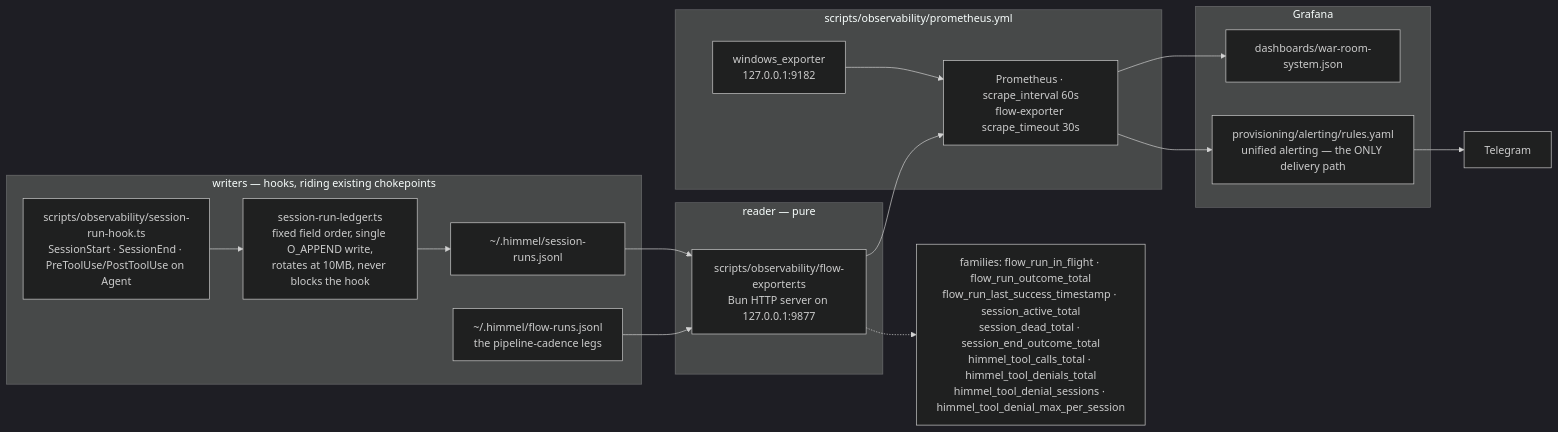
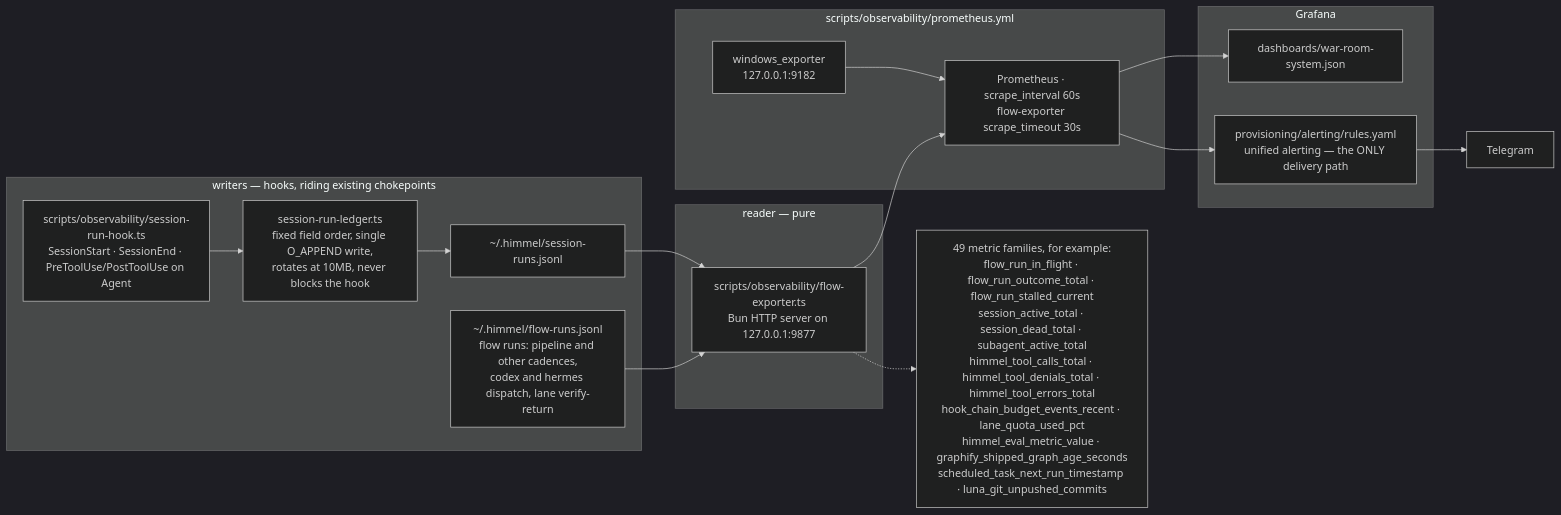
One commit to Goomal/Himmel changed the fifth of 5 diagrams in docs/architecture.md. Above: the diagram before and after it, drawn with Mermaid (dark theme). The commit also changed other lines of this file and 3 other files, not shown here.

````diff
--- a/docs/architecture.md
+++ b/docs/architecture.md
@@ -230,34 +268,34 @@
 ```mermaid
 flowchart LR
     subgraph WRITE["writers — hooks, riding existing chokepoints"]
         HK["scripts/observability/session-run-hook.ts<br/>SessionStart · SessionEnd · PreToolUse/PostToolUse on Agent"]
         SL["session-run-ledger.ts<br/>fixed field order, single O_APPEND write,<br/>rotates at 10MB, never blocks the hook"]
         LED["~/.himmel/session-runs.jsonl"]
-        FLOW["~/.himmel/flow-runs.jsonl<br/>the pipeline-cadence legs"]
+        FLOW["~/.himmel/flow-runs.jsonl<br/>flow runs: pipeline and other cadences,<br/>codex and hermes dispatch, lane verify-return"]
         HK --> SL --> LED
     end
 
     subgraph READ["reader — pure"]
         EXP["scripts/observability/flow-exporter.ts<br/>Bun HTTP server on 127.0.0.1:9877"]
         LED --> EXP
         FLOW --> EXP
     end
 
     subgraph SCRAPE["scripts/observability/prometheus.yml"]
         PROM["Prometheus · scrape_interval 60s<br/>flow-exporter scrape_timeout 30s"]
         WEXP["windows_exporter<br/>127.0.0.1:9182"]
         EXP --> PROM
         WEXP --> PROM
     end
 
     subgraph VIEW["Grafana"]
         DASH["dashboards/war-room-system.json"]
         ALERT["provisioning/alerting/rules.yaml<br/>unified alerting — the ONLY delivery path"]
         PROM --> DASH
         PROM --> ALERT
     end
 
     ALERT --> TG["Telegram"]
 
-    EXP -.-> M["families: flow_run_in_flight · flow_run_outcome_total<br/>flow_run_last_success_timestamp · session_active_total<br/>session_dead_total · session_end_outcome_total<br/>himmel_tool_calls_total · himmel_tool_denials_total<br/>himmel_tool_denial_sessions · himmel_tool_denial_max_per_session"]
+    EXP -.-> M["49 metric families, for example:<br/>flow_run_in_flight · flow_run_outcome_total · flow_run_stalled_current<br/>session_active_total · session_dead_total · subagent_active_total<br/>himmel_tool_calls_total · himmel_tool_denials_total · himmel_tool_errors_total<br/>hook_chain_budget_events_recent · lane_quota_used_pct<br/>himmel_eval_metric_value · graphify_shipped_graph_age_seconds<br/>scheduled_task_next_run_timestamp · luna_git_unpushed_commits"]
 ```
````
